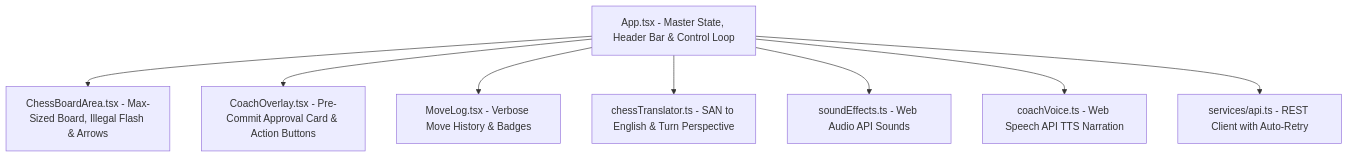
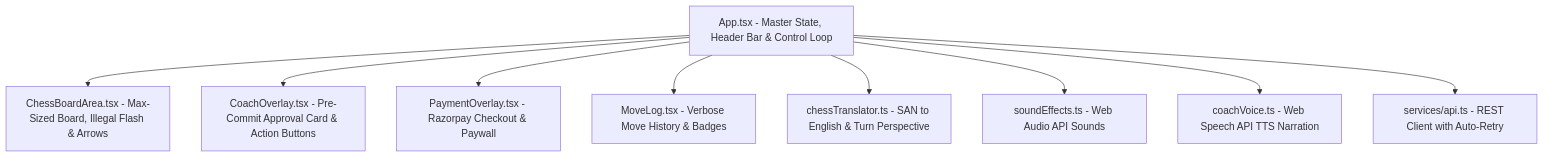
One commit to janhavi-28/chess-game changed the second of 6 diagrams in ARCHITECTURE.md. Above: the diagram before and after it, drawn with Mermaid. The commit also changed other lines of this file and 3 other files, not shown here.

````diff
--- a/ARCHITECTURE.md
+++ b/ARCHITECTURE.md
@@ -28,10 +31,11 @@
 ```mermaid
 graph TD
     App[App.tsx - Master State, Header Bar & Control Loop] --> Board[ChessBoardArea.tsx - Max-Sized Board, Illegal Flash & Arrows]
     App --> Overlay[CoachOverlay.tsx - Pre-Commit Approval Card & Action Buttons]
+    App --> Payment[PaymentOverlay.tsx - Razorpay Checkout & Paywall]
     App --> Log[MoveLog.tsx - Verbose Move History & Badges]
     App --> Translator[chessTranslator.ts - SAN to English & Turn Perspective]
     App --> Sound[soundEffects.ts - Web Audio API Sounds]
     App --> Voice[coachVoice.ts - Web Speech API TTS Narration]
     App --> Service[services/api.ts - REST Client with Auto-Retry]
 ```
````
